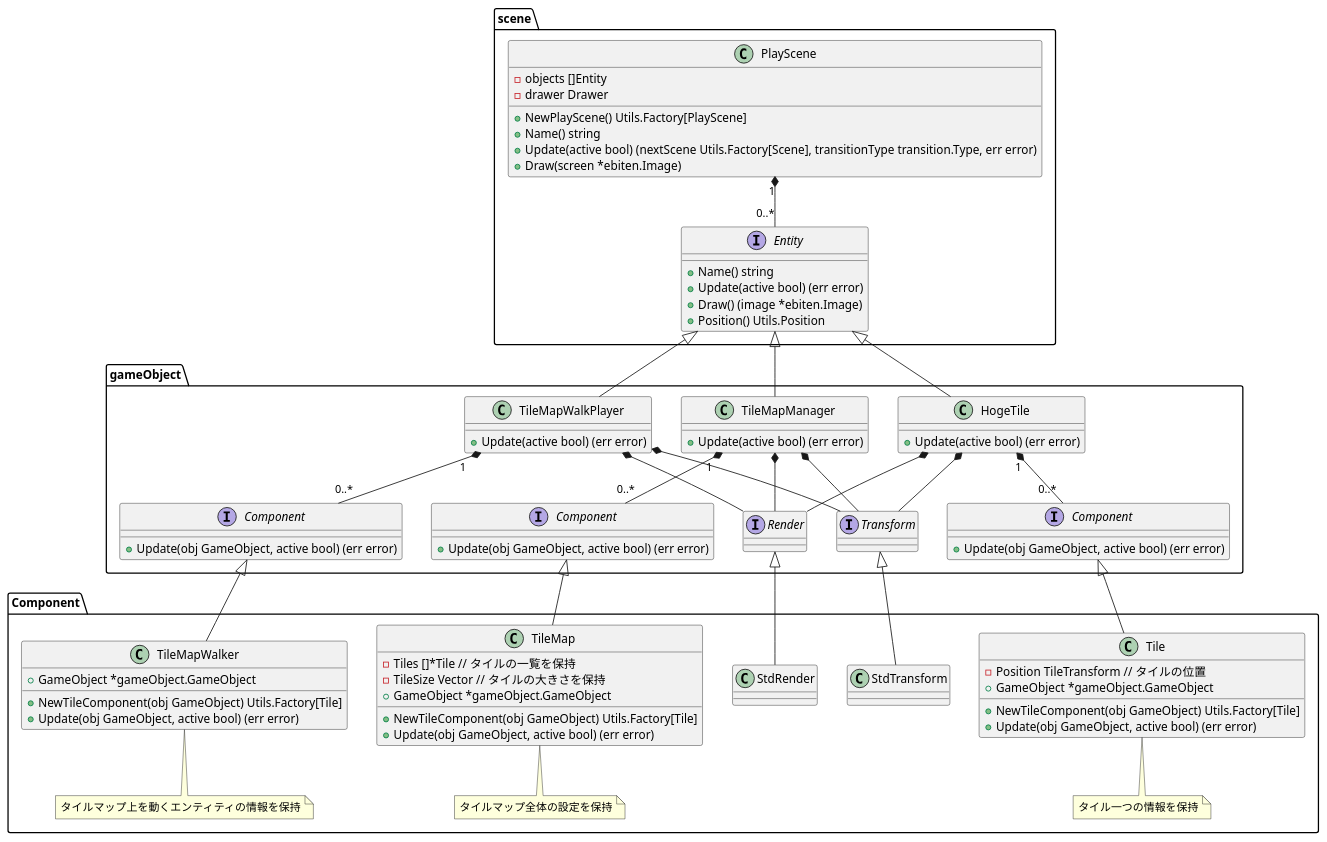
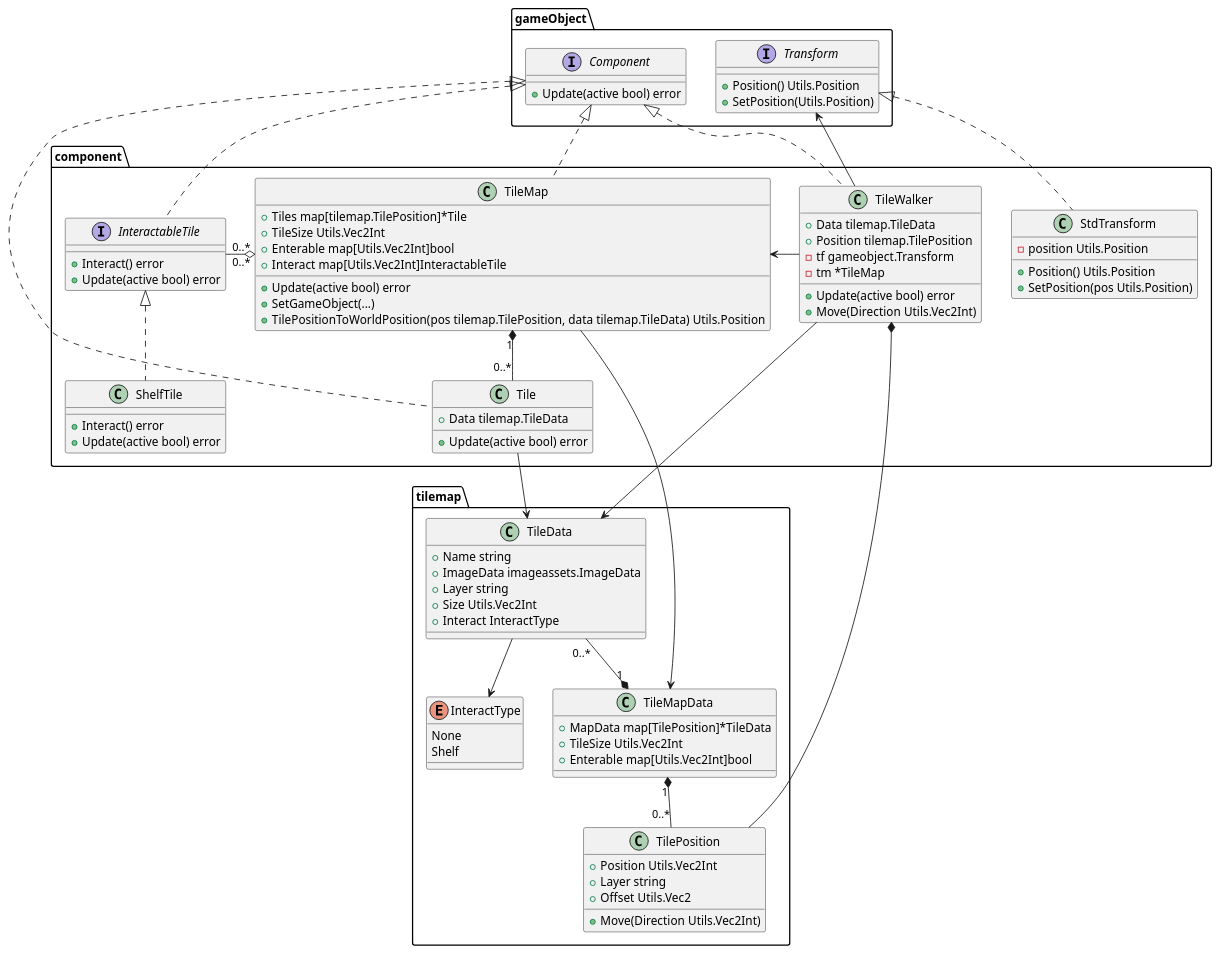
One commit to kmc-jp/Gamedev_Tempura-of-p--Phenylazo-phenol changed the diagram in Docs/TileMap_class_diagram.puml. Above: the diagram before and after it, drawn with PlantUML. The commit also changed 1 other file, not shown here.

Commit message:
TileMap系のクラス図を更新

```diff
--- a/Docs/TileMap_class_diagram.puml
+++ b/Docs/TileMap_class_diagram.puml
@@ -1,116 +1,109 @@
 @startuml TileMap_class_diagram
-package scene {
-    class PlayScene {
-        - objects []Entity
-        - drawer Drawer
-        + NewPlayScene() Utils.Factory[PlayScene]
-        + Name() string
-        + Update(active bool) (nextScene Utils.Factory[Scene], transitionType transition.Type, err error)
-        + Draw(screen *ebiten.Image)
+
+top to bottom direction
+
+package gameObject {
+    interface Transform {
+        + Position() Utils.Position
+        + SetPosition(Utils.Position)
     }
 
-    PlayScene "1" *-- "0..*" Entity
-
-    interface Entity {
-        + Name() string
-        + Update(active bool) (err error)
-        + Draw() (image *ebiten.Image)
-        + Position() Utils.Position
+    interface Component {
+        + Update(active bool) error
     }
 }
 
-package gameObject {
-    class HogeTile {
-        + Update(active bool) (err error)
+package tilemap {
+    class TileData {
+        + Name string
+        + ImageData imageassets.ImageData
+        + Layer string
+        + Size Utils.Vec2Int
+        + Interact InteractType
     }
 
-    HogeTile -up-|> scene.Entity
-    
-    HogeTile *-- Transform
-    HogeTile *-- Render
-    HogeTile "1" *-- "0..*" Component1
-
-    class TileMapManager {
-        + Update(active bool) (err error)
+    enum InteractType {
+        None
+        Shelf
     }
 
-    TileMapManager -up-|> scene.Entity
-    
-    TileMapManager *-- Transform
-    TileMapManager *-- Render
-    TileMapManager "1" *-- "0..*" Component2
-
-    class TileMapWalkPlayer {
-        + Update(active bool) (err error)
+    class TileMapData {
+        + MapData map[TilePosition]*TileData
+        + TileSize Utils.Vec2Int
+        + Enterable map[Utils.Vec2Int]bool
     }
 
-    TileMapWalkPlayer -up-|> scene.Entity
-    
-    TileMapWalkPlayer *-- Transform
-    TileMapWalkPlayer *-- Render
-    TileMapWalkPlayer "1" *-- "0..*" Component3
-
-
-    interface Transform {
-    }
-
-    interface Render {
-    }
-
-    interface "Component" as Component1 {
-        + Update(obj GameObject, active bool) (err error)
-    }
-
-    interface "Component" as Component2 {
-        + Update(obj GameObject, active bool) (err error)
-    }
-
-    interface "Component" as Component3 {
-        + Update(obj GameObject, active bool) (err error)
+    class TilePosition {
+        + Position Utils.Vec2Int
+        + Layer string
+        + Offset Utils.Vec2
+        + Move(Direction Utils.Vec2Int)
     }
 }
 
-package Component {
+package component {
     class Tile {
-        - Position TileTransform // タイルの位置
-        + GameObject *gameObject.GameObject
-        + NewTileComponent(obj GameObject) Utils.Factory[Tile]
-        + Update(obj GameObject, active bool) (err error)
+        + Data tilemap.TileData
+        + Update(active bool) error
     }
-    note bottom of Tile : タイル一つの情報を保持
-
-
-    Tile -up-|> gameObject.Component1
 
     class TileMap {
-        - Tiles []*Tile // タイルの一覧を保持
-        - TileSize Vector // タイルの大きさを保持
-        + GameObject *gameObject.GameObject
-        + NewTileComponent(obj GameObject) Utils.Factory[Tile]
-        + Update(obj GameObject, active bool) (err error)
+        + Tiles map[tilemap.TilePosition]*Tile
+        + TileSize Utils.Vec2Int
+        + Enterable map[Utils.Vec2Int]bool
+        + Interact map[Utils.Vec2Int]InteractableTile
+        + Update(active bool) error
+        + SetGameObject(...)
+        + TilePositionToWorldPosition(pos tilemap.TilePosition, data tilemap.TileData) Utils.Position
     }
-    note bottom of TileMap : タイルマップ全体の設定を保持
 
-    TileMap -up-|> gameObject.Component2
+    class TileWalker {
+        + Data tilemap.TileData
+        + Position tilemap.TilePosition
+        - tf gameobject.Transform
+        - tm *TileMap
+        + Update(active bool) error
+        + Move(Direction Utils.Vec2Int)
+    }
 
-    class TileMapWalker {
-        + GameObject *gameObject.GameObject
-        + NewTileComponent(obj GameObject) Utils.Factory[Tile]
-        + Update(obj GameObject, active bool) (err error)
+    interface InteractableTile {
+        + Interact() error
+        + Update(active bool) error
     }
-    note bottom of TileMapWalker : タイルマップ上を動くエンティティの情報を保持
 
-    TileMapWalker -up-|> gameObject.Component3
+    class ShelfTile {
+        + Interact() error
+        + Update(active bool) error
+    }
 
     class StdTransform {
+        - position Utils.Position
+        + Position() Utils.Position
+        + SetPosition(pos Utils.Position)
     }
 
-    StdTransform -up-|> gameObject.Transform
-
-    class StdRender {
-    }
-
-    StdRender -up-|> gameObject.Render
 }
 
+' Inheritance and implementation
+component.Tile .up.|> gameObject.Component
+component.TileMap .up.|> gameObject.Component
+component.TileWalker .up.|> gameObject.Component
+component.InteractableTile .up.|> gameObject.Component
+component.ShelfTile .up.|> component.InteractableTile
+component.StdTransform .up.|> gameObject.Transform
+
+' Composition and references
+component.TileMap "1" *-- "0..*" component.Tile
+component.TileMap "0..*" o-right- "0..*" component.InteractableTile
+component.TileWalker -right-> component.TileMap
+component.TileWalker --> gameObject.Transform
+tilemap.TileMapData "1" *-- "0..*" tilemap.TilePosition
+tilemap.TileMapData "1" *-up- "0..*" tilemap.TileData
+tilemap.TileData --> tilemap.InteractType
+component.Tile --> tilemap.TileData
+component.TileMap --> tilemap.TileMapData
+component.TileWalker --> tilemap.TileData
+component.TileWalker *-- tilemap.TilePosition
+' component.ShelfTile .up.> gameObject.Component
+
 @enduml
```
